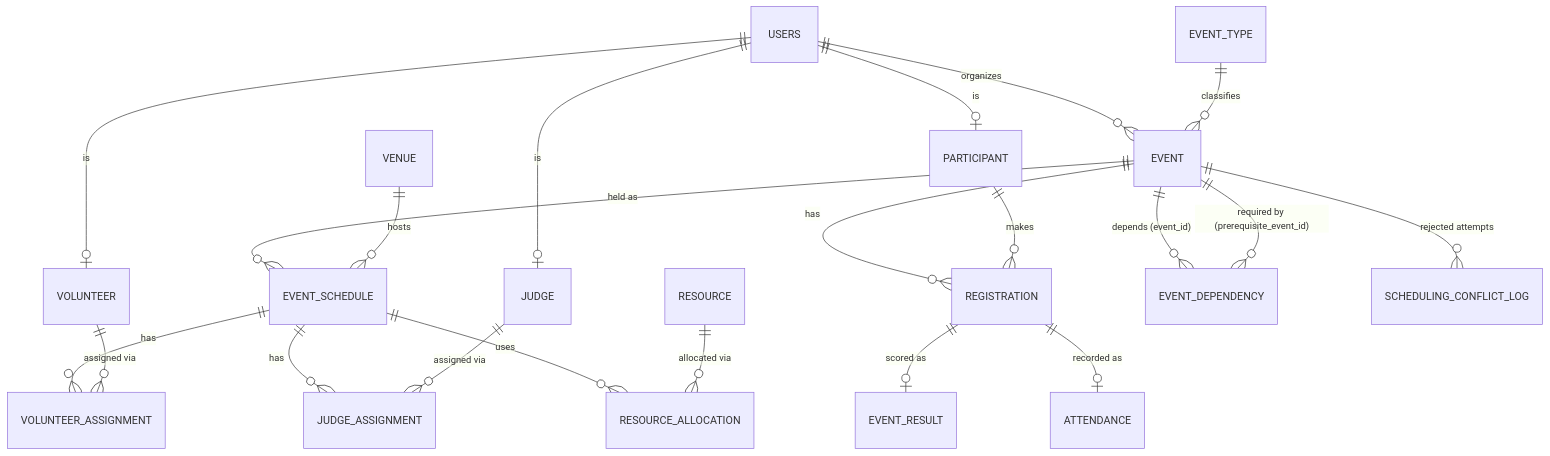
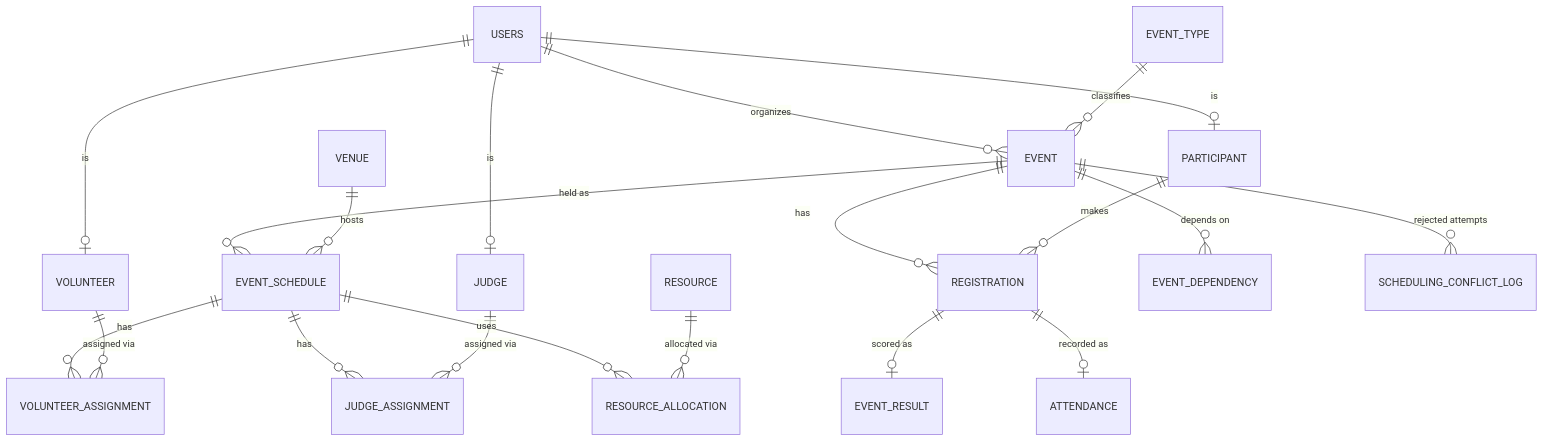
Before and after one commit to Kavya98772/event-scheduler: the diagram in README.md, drawn with Mermaid. The commit also changed other lines of this file, not shown here.

````diff
--- a/README.md
+++ b/README.md
@@ -161,23 +221,30 @@
 ```mermaid
 erDiagram
-  USERS ||--o{ EVENT : organizes
-  USERS ||--o| PARTICIPANT : "is"
-  USERS ||--o| JUDGE : "is"
-  USERS ||--o| VOLUNTEER : "is"
-  EVENT_TYPE ||--o{ EVENT : classifies
-  EVENT ||--o{ REGISTRATION : has
-  PARTICIPANT ||--o{ REGISTRATION : makes
-  EVENT ||--o{ EVENT_SCHEDULE : "held as"
-  VENUE ||--o{ EVENT_SCHEDULE : hosts
-  EVENT_SCHEDULE ||--o{ JUDGE_ASSIGNMENT : has
-  JUDGE ||--o{ JUDGE_ASSIGNMENT : "assigned via"
-  EVENT_SCHEDULE ||--o{ VOLUNTEER_ASSIGNMENT : has
-  VOLUNTEER ||--o{ VOLUNTEER_ASSIGNMENT : "assigned via"
-  EVENT_SCHEDULE ||--o{ RESOURCE_ALLOCATION : uses
-  RESOURCE ||--o{ RESOURCE_ALLOCATION : "allocated via"
-  REGISTRATION ||--o| ATTENDANCE : "recorded as"
-  REGISTRATION ||--o| EVENT_RESULT : "scored as"
-  EVENT ||--o{ EVENT_DEPENDENCY : "depends (event_id)"
-  EVENT ||--o{ EVENT_DEPENDENCY : "required by (prerequisite_event_id)"
-  EVENT ||--o{ SCHEDULING_CONFLICT_LOG : "rejected attempts"
+    USERS ||--o{ EVENT : organizes
+    USERS ||--o| PARTICIPANT : "is"
+    USERS ||--o| JUDGE : "is"
+    USERS ||--o| VOLUNTEER : "is"
+
+    EVENT_TYPE ||--o{ EVENT : classifies
+
+    EVENT ||--o{ REGISTRATION : has
+    PARTICIPANT ||--o{ REGISTRATION : makes
+
+    EVENT ||--o{ EVENT_SCHEDULE : "held as"
+    VENUE ||--o{ EVENT_SCHEDULE : hosts
+
+    EVENT_SCHEDULE ||--o{ JUDGE_ASSIGNMENT : has
+    JUDGE ||--o{ JUDGE_ASSIGNMENT : "assigned via"
+
+    EVENT_SCHEDULE ||--o{ VOLUNTEER_ASSIGNMENT : has
+    VOLUNTEER ||--o{ VOLUNTEER_ASSIGNMENT : "assigned via"
+
+    EVENT_SCHEDULE ||--o{ RESOURCE_ALLOCATION : uses
+    RESOURCE ||--o{ RESOURCE_ALLOCATION : "allocated via"
+
+    REGISTRATION ||--o| ATTENDANCE : "recorded as"
+    REGISTRATION ||--o| EVENT_RESULT : "scored as"
+
+    EVENT ||--o{ EVENT_DEPENDENCY : "depends on"
+    EVENT ||--o{ SCHEDULING_CONFLICT_LOG : "rejected attempts"
 ```
````
